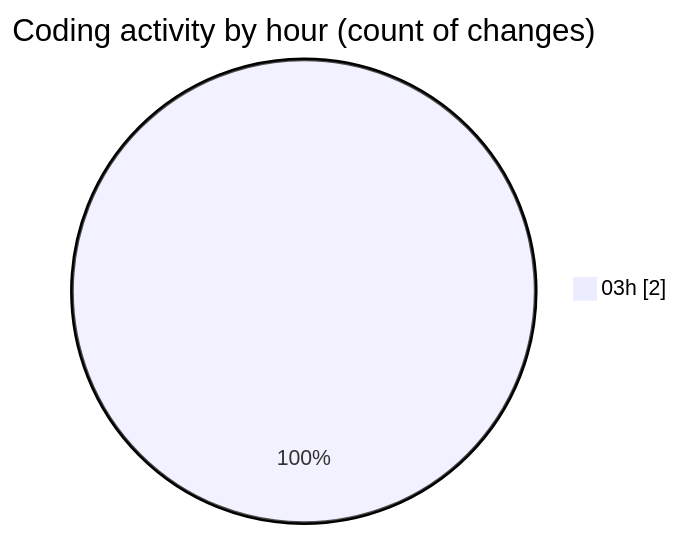
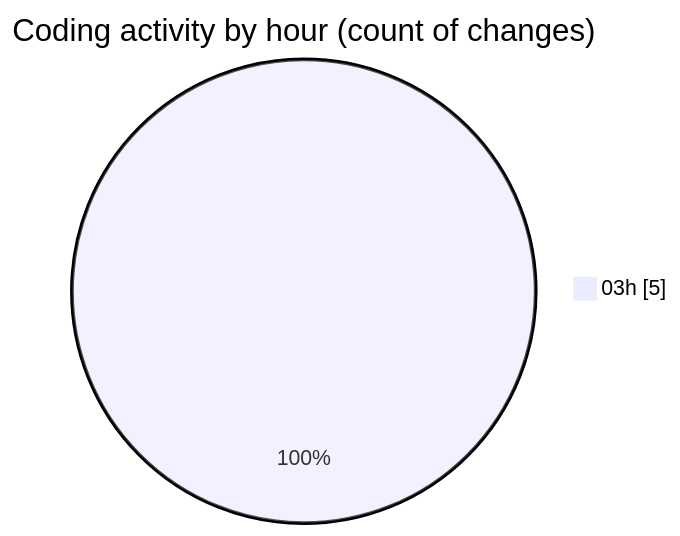
The second of 2 diagrams in 2025-10-09/api-hub/README.md (mevix1/code-tracking), drawn with Mermaid before and after one commit. The commit also changed other lines of this file and 1 other file, not shown here.

````diff
--- a/2025-10-09/api-hub/README.md
+++ b/2025-10-09/api-hub/README.md
@@ -29,5 +32,5 @@
 ```mermaid
 pie showData
 title Coding activity by hour (count of changes)
-"03h" : 2
+"03h" : 5
 ```
````
